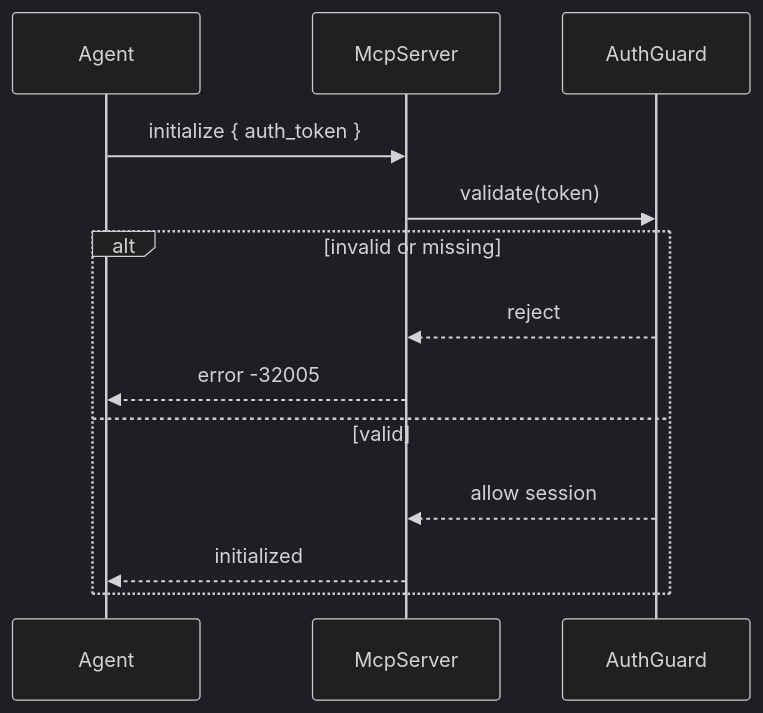
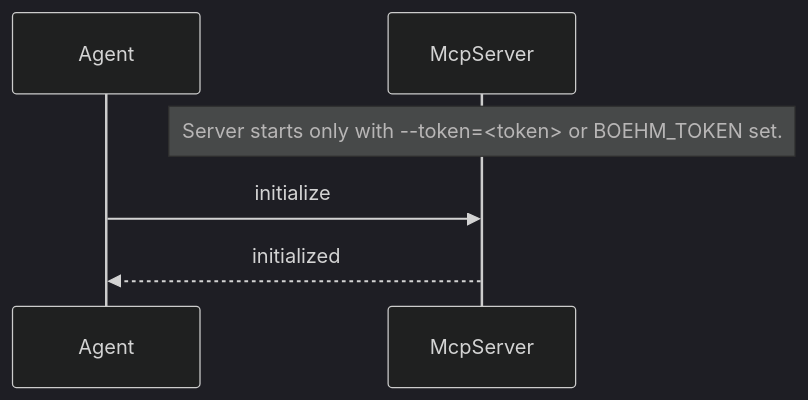
The third of 6 diagrams in docs/architecture.md (bmvanwyk/Boehm), drawn with Mermaid (dark theme) before and after one commit. The commit also changed other lines of this file and 2 other files, not shown here.

Commit message:
docs: update architecture/README/AGENTS for 9 tools, cancellation, baselines, startup-token auth

````diff
--- a/docs/architecture.md
+++ b/docs/architecture.md
@@ -119,16 +117,9 @@
 ```mermaid
 sequenceDiagram
     participant Agent
     participant McpServer
-    participant AuthGuard
 
-    Agent->>McpServer: initialize { auth_token }
-    McpServer->>AuthGuard: validate(token)
-    alt invalid or missing
-        AuthGuard-->>McpServer: reject
-        McpServer-->>Agent: error -32005
-    else valid
-        AuthGuard-->>McpServer: allow session
-        McpServer-->>Agent: initialized
-    end
+    Note over McpServer: Server starts only with --token=<token> or BOEHM_TOKEN set.
+    Agent->>McpServer: initialize
+    McpServer-->>Agent: initialized
 ```
````
